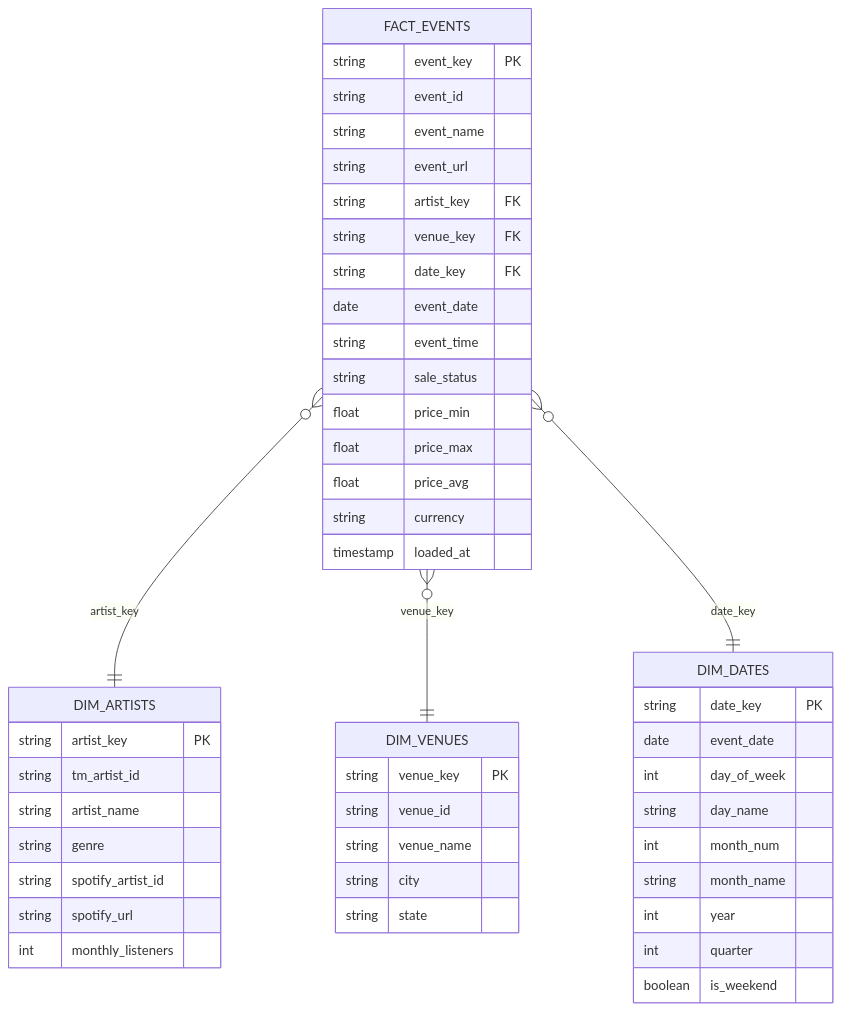
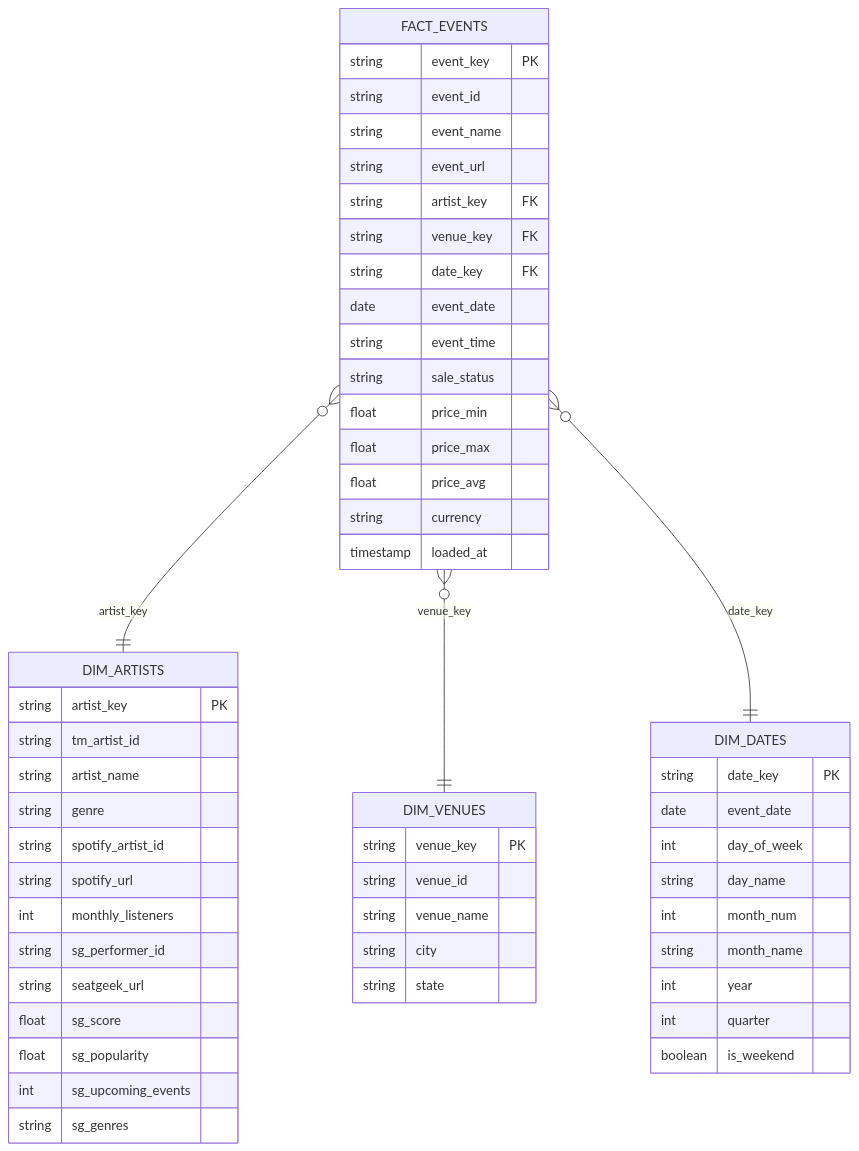
The second of 2 diagrams in README.md (rachelmcdonald810/bi-analyst-entertainment), drawn with Mermaid before and after one commit. The commit also changed other lines of this file, not shown here.

Commit message:
Add live Streamlit dashboard URL to README

````diff
--- a/README.md
+++ b/README.md
@@ -84,54 +115,60 @@
 ```mermaid
 erDiagram
     FACT_EVENTS {
         string event_key PK
         string event_id
         string event_name
         string event_url
         string artist_key FK
         string venue_key FK
         string date_key FK
         date event_date
         string event_time
         string sale_status
         float price_min
         float price_max
         float price_avg
         string currency
         timestamp loaded_at
     }
 
     DIM_ARTISTS {
         string artist_key PK
         string tm_artist_id
         string artist_name
         string genre
         string spotify_artist_id
         string spotify_url
         int monthly_listeners
+        string sg_performer_id
+        string seatgeek_url
+        float sg_score
+        float sg_popularity
+        int sg_upcoming_events
+        string sg_genres
     }
 
     DIM_VENUES {
         string venue_key PK
         string venue_id
         string venue_name
         string city
         string state
     }
 
     DIM_DATES {
         string date_key PK
         date event_date
         int day_of_week
         string day_name
         int month_num
         string month_name
         int year
         int quarter
         boolean is_weekend
     }
 
     FACT_EVENTS }o--|| DIM_ARTISTS : artist_key
     FACT_EVENTS }o--|| DIM_VENUES : venue_key
     FACT_EVENTS }o--|| DIM_DATES : date_key
 ```
````
